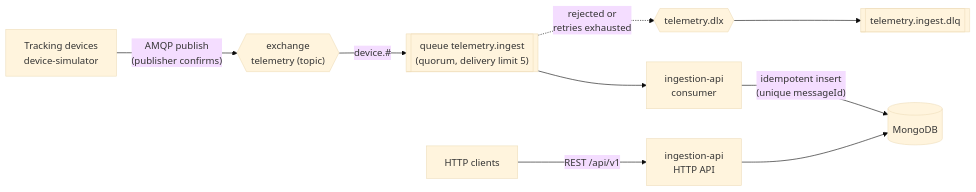
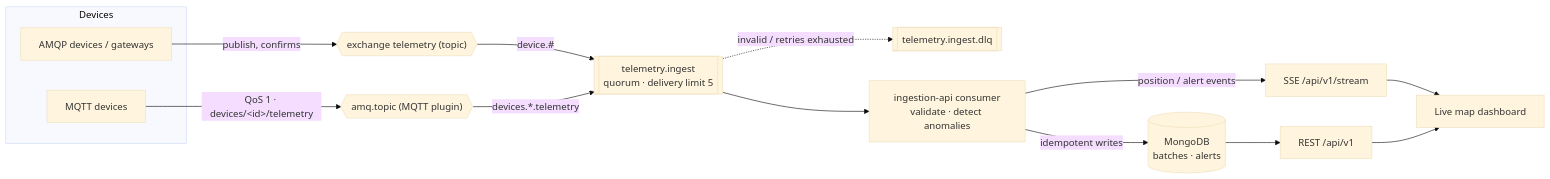
Before and after one commit to amirhoseinhoseinpoor/Wayline: the diagram in README.md, drawn with Mermaid (base theme). The commit also changed other lines of this file and 42 other files, not shown here.

````diff
--- a/README.md
+++ b/README.md
@@ -14,9 +15,17 @@
 ```mermaid
 flowchart LR
-    D[Tracking devices<br/>device-simulator] -- "AMQP publish<br/>(publisher confirms)" --> X{{"exchange<br/>telemetry (topic)"}}
-    X -- "device.#" --> Q[["queue telemetry.ingest<br/>(quorum, delivery limit 5)"]]
-    Q --> C[ingestion-api<br/>consumer]
-    Q -. "rejected or<br/>retries exhausted" .-> DLX{{"telemetry.dlx"}} --> DLQ[["telemetry.ingest.dlq"]]
-    C -- "idempotent insert<br/>(unique messageId)" --> M[(MongoDB)]
-    H[HTTP clients] -- "REST /api/v1" --> A[ingestion-api<br/>HTTP API] --> M
+    subgraph Devices
+      DA[AMQP devices / gateways]
+      DM[MQTT devices]
+    end
+    DA -- "publish, confirms" --> X{{"exchange telemetry (topic)"}}
+    DM -- "QoS 1 · devices/&lt;id&gt;/telemetry" --> MQ{{"amq.topic (MQTT plugin)"}}
+    X -- "device.#" --> Q[["telemetry.ingest<br/>quorum · delivery limit 5"]]
+    MQ -- "devices.*.telemetry" --> Q
+    Q -. "invalid / retries exhausted" .-> DLQ[["telemetry.ingest.dlq"]]
+    Q --> C["ingestion-api consumer<br/>validate · detect anomalies"]
+    C -- "idempotent writes" --> M[(MongoDB<br/>batches · alerts)]
+    C -- "position / alert events" --> S["SSE /api/v1/stream"]
+    S --> UI["Live map dashboard"]
+    M --> R["REST /api/v1"] --> UI
 ```
````
